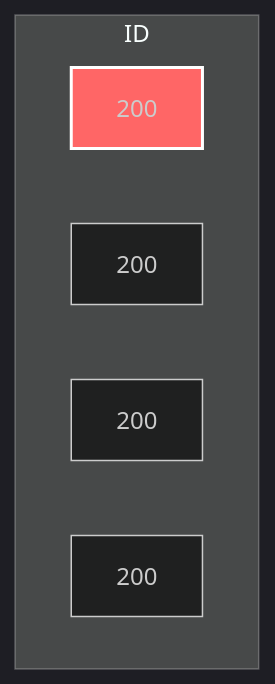
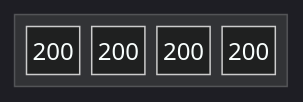
One commit to VanshDeshwal/notes changed diagram 12 of 12 in Data Science Notes/100 days of ML/Machine Learning Notes.md. Above: the diagram before and after it, drawn with Mermaid.

Commit message:
vault backup: 2025-08-17 01:16:06

````diff
--- a/Data Science Notes/100 days of ML/Machine Learning Notes.md
+++ b/Data Science Notes/100 days of ML/Machine Learning Notes.md
@@ -1895,13 +1895,11 @@
 ```mermaid
 %%{init: {"theme":"dark"}}%%
-flowchart TB
-  subgraph ID
-    A["200"]:::highlight
+block-beta
+columns 1
+  block:ID
+    A["200"]
     B["200"]
     C["200"]
     D["200"]
   end
-
-  classDef highlight fill:#ff6666,stroke:#ffffff,stroke-width:2px;
-
 ```
````
